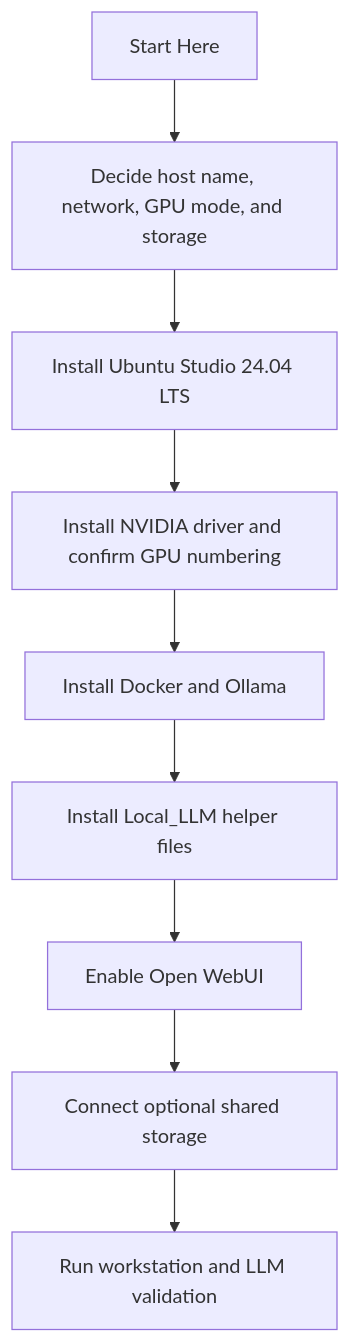
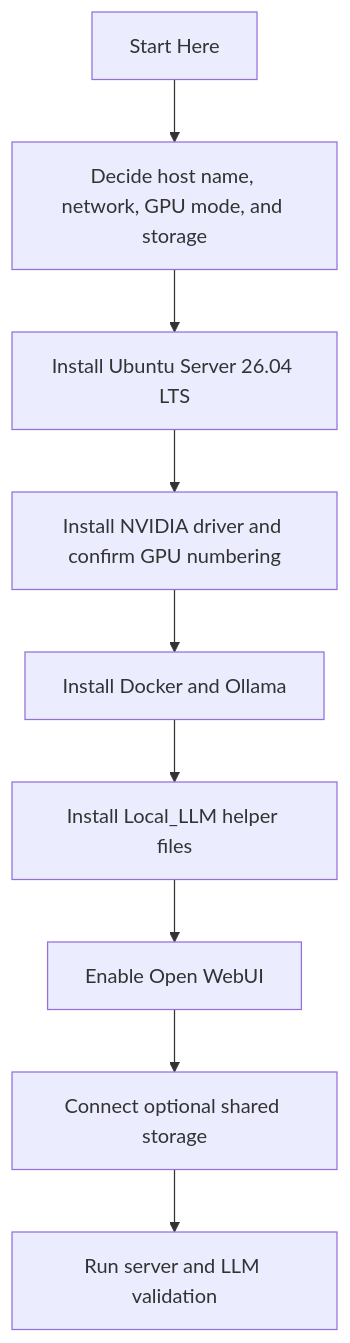
One commit to DanD-2/Local_Skippy changed the second of 2 diagrams in docs/start-here.md. Above: the diagram before and after it, drawn with Mermaid. The commit also changed other lines of this file and 34 other files, not shown here.

````diff
--- a/docs/start-here.md
+++ b/docs/start-here.md
@@ -20,11 +51,11 @@
 ```mermaid
 flowchart TD
     A[Start Here] --> B[Decide host name, network, GPU mode, and storage]
-    B --> C[Install Ubuntu Studio 24.04 LTS]
+    B --> C[Install Ubuntu Server 26.04 LTS]
     C --> D[Install NVIDIA driver and confirm GPU numbering]
     D --> E[Install Docker and Ollama]
     E --> F[Install Local_LLM helper files]
     F --> G[Enable Open WebUI]
     G --> H[Connect optional shared storage]
-    H --> I[Run workstation and LLM validation]
+    H --> I[Run server and LLM validation]
 ```
````
